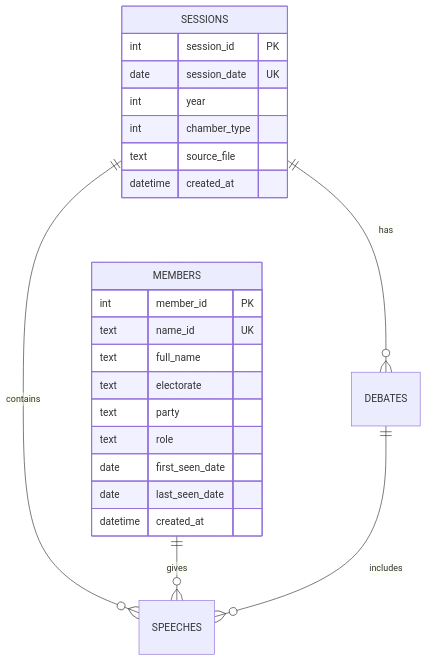
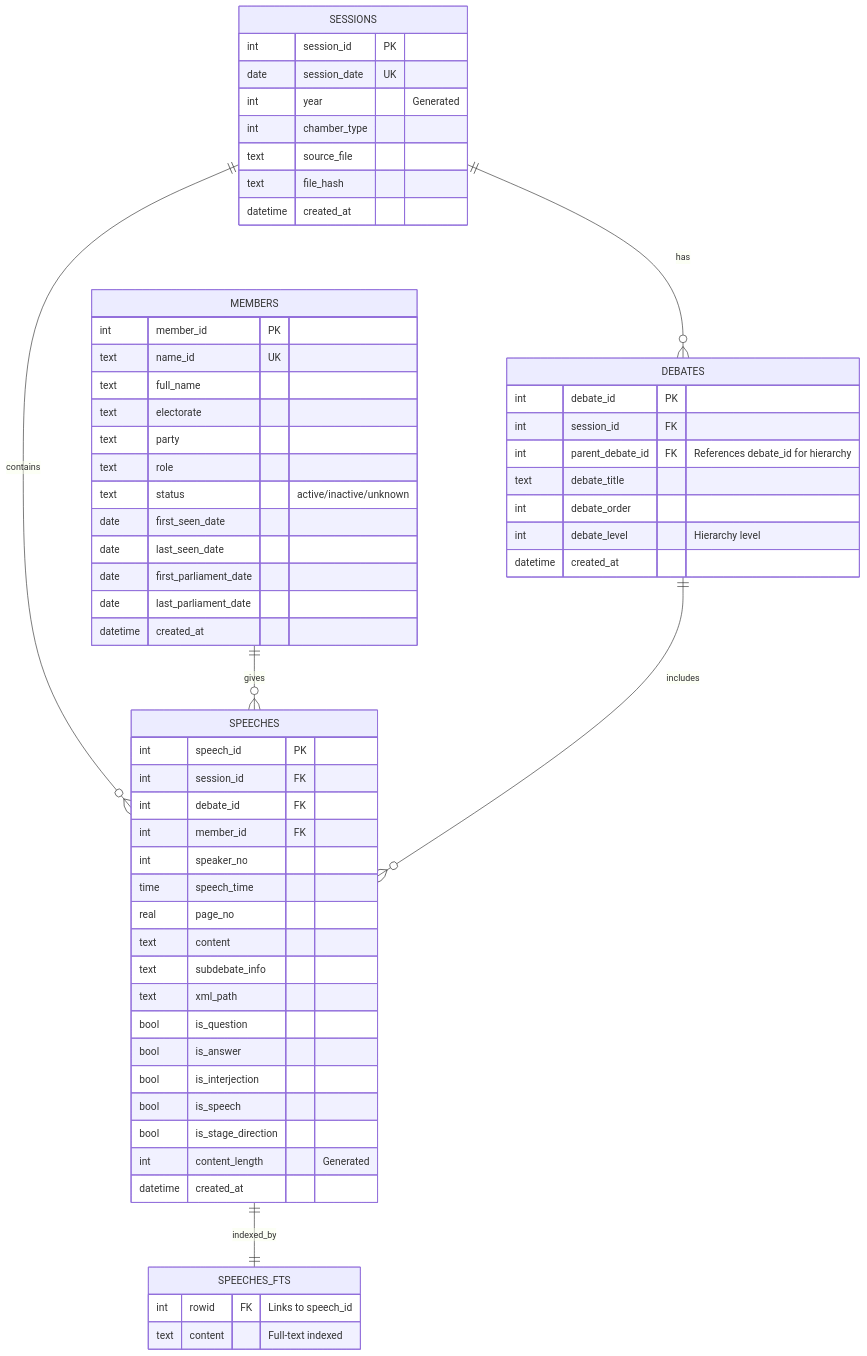
The first of 2 diagrams in README.Rmd (Australian-Parliamentary-Speech/hansardR), drawn with Mermaid before and after one commit. The commit also changed other lines of this file and 2 other files, not shown here.

Commit message:
Revert schema

````diff
--- a/README.Rmd
+++ b/README.Rmd
@@ -138,28 +138,68 @@
 ```mermaid
 erDiagram
     SESSIONS {
         int session_id PK
         date session_date UK
-        int year
+        int year "Generated"
         int chamber_type
         text source_file
+        text file_hash
         datetime created_at
     }
     
     MEMBERS {
         int member_id PK
         text name_id UK
         text full_name
         text electorate
         text party
         text role
+        text status "active/inactive/unknown"
         date first_seen_date
         date last_seen_date
+        date first_parliament_date
+        date last_parliament_date
         datetime created_at
+    }
+    
+    DEBATES {
+        int debate_id PK
+        int session_id FK
+        int parent_debate_id FK "References debate_id for hierarchy"
+        text debate_title
+        int debate_order
+        int debate_level "Hierarchy level"
+        datetime created_at
+    }
+    
+    SPEECHES {
+        int speech_id PK
+        int session_id FK
+        int debate_id FK
+        int member_id FK
+        int speaker_no
+        time speech_time
+        real page_no
+        text content
+        text subdebate_info
+        text xml_path
+        bool is_question
+        bool is_answer
+        bool is_interjection
+        bool is_speech
+        bool is_stage_direction
+        int content_length "Generated"
+        datetime created_at
+    }
+    
+    SPEECHES_FTS {
+        int rowid FK "Links to speech_id"
+        text content "Full-text indexed"
     }
 
     SESSIONS ||--o{ DEBATES : "has"
     SESSIONS ||--o{ SPEECHES : "contains"
     MEMBERS ||--o{ SPEECHES : "gives"
     DEBATES ||--o{ SPEECHES : "includes"
+    SPEECHES ||--|| SPEECHES_FTS : "indexed_by"
 ```
````
